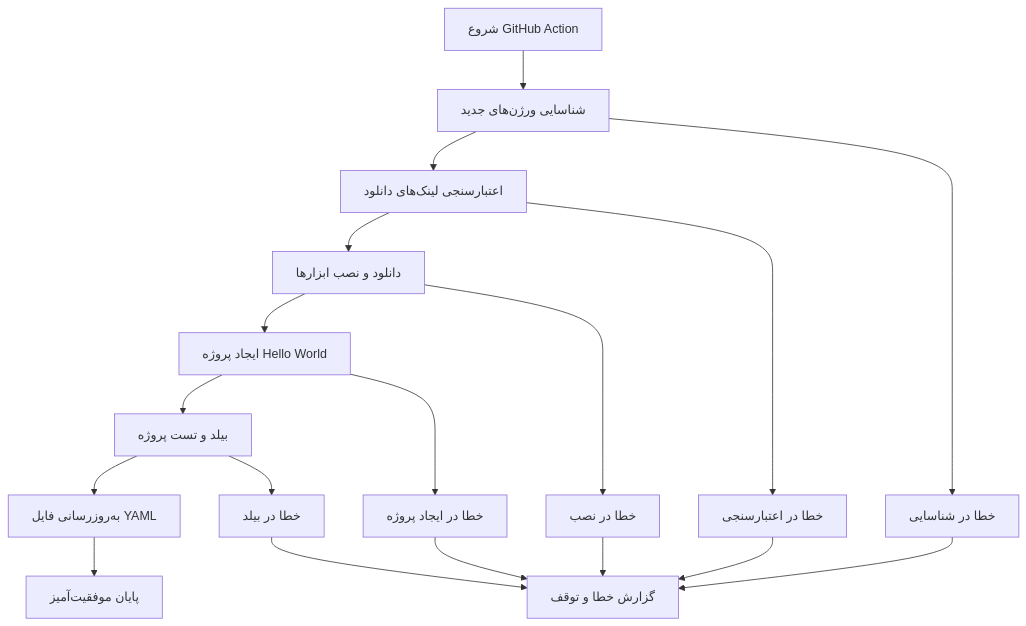
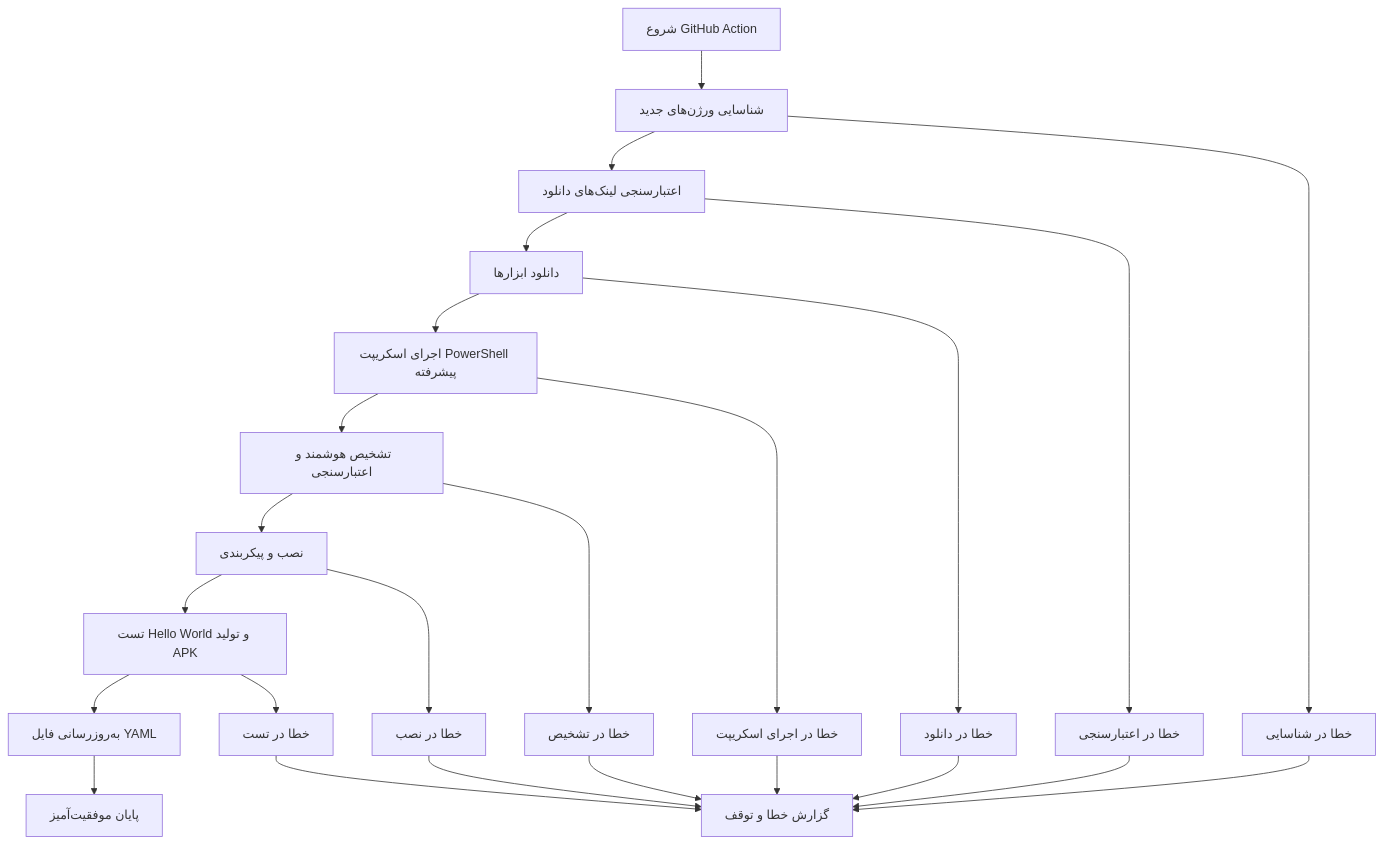
One commit to mortezaataiy/mirrorOfAndroidDevTools changed the diagram in .kiro/specs/android-version-compatibility-checker/design.md. Above: the diagram before and after it, drawn with Mermaid. The commit also changed other lines of this file and 3 other files, not shown here.

````diff
--- a/.kiro/specs/android-version-compatibility-checker/design.md
+++ b/.kiro/specs/android-version-compatibility-checker/design.md
@@ -11,22 +11,28 @@
 ```mermaid
 graph TD
     A[شروع GitHub Action] --> B[شناسایی ورژن‌های جدید]
     B --> C[اعتبارسنجی لینک‌های دانلود]
-    C --> D[دانلود و نصب ابزارها]
-    D --> E[ایجاد پروژه Hello World]
-    E --> F[بیلد و تست پروژه]
-    F --> G[به‌روزرسانی فایل YAML]
-    G --> H[پایان موفقیت‌آمیز]
+    C --> D[دانلود ابزارها]
+    D --> E[اجرای اسکریپت PowerShell پیشرفته]
+    E --> F[تشخیص هوشمند و اعتبارسنجی]
+    F --> G[نصب و پیکربندی]
+    G --> H[تست Hello World و تولید APK]
+    H --> I[به‌روزرسانی فایل YAML]
+    I --> J[پایان موفقیت‌آمیز]
     
-    B --> I[خطا در شناسایی]
-    C --> J[خطا در اعتبارسنجی]
-    D --> K[خطا در نصب]
-    E --> L[خطا در ایجاد پروژه]
-    F --> M[خطا در بیلد]
+    B --> K[خطا در شناسایی]
+    C --> L[خطا در اعتبارسنجی]
+    D --> M[خطا در دانلود]
+    E --> N[خطا در اجرای اسکریپت]
+    F --> O[خطا در تشخیص]
+    G --> P[خطا در نصب]
+    H --> Q[خطا در تست]
     
-    I --> N[گزارش خطا و توقف]
-    J --> N
-    K --> N
-    L --> N
-    M --> N
+    K --> R[گزارش خطا و توقف]
+    L --> R
+    M --> R
+    N --> R
+    O --> R
+    P --> R
+    Q --> R
 ```
````
